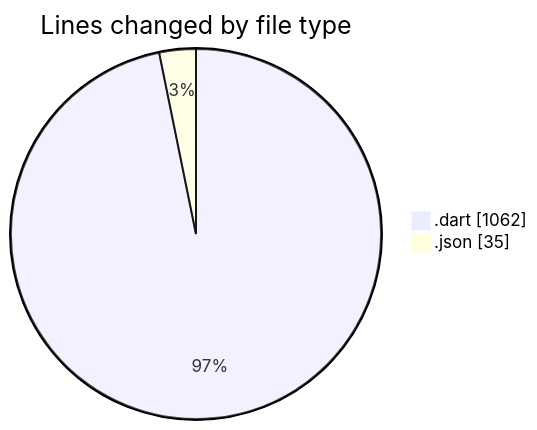
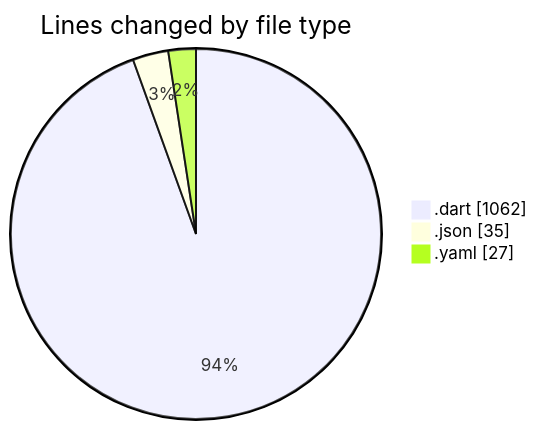
Before and after one commit to lephambinh05/code-tracking: the first of 2 diagrams in 2025-09-08/quanlylink/README.md, drawn with Mermaid. The commit also changed other lines of this file and 1 other file, not shown here.

````diff
--- a/2025-09-08/quanlylink/README.md
+++ b/2025-09-08/quanlylink/README.md
@@ -25,6 +26,7 @@
 ```mermaid
 pie showData
 title Lines changed by file type
 ".dart" : 1062
 ".json" : 35
+".yaml" : 27
 ```
````
